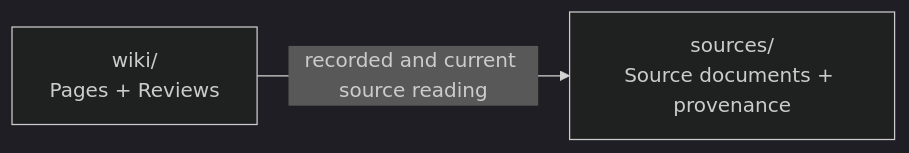
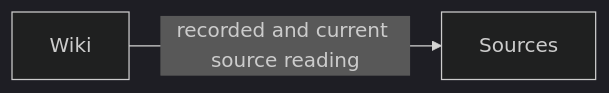
The fourth of 4 diagrams in app/README.md (JimLundin/vaulter), drawn with Mermaid (dark theme) before and after one commit. The commit also changed other lines of this file and 760 other files, not shown here.

````diff
--- a/app/README.md
+++ b/app/README.md
@@ -264,4 +150,4 @@
 ```mermaid
 flowchart LR
-  Wiki["wiki/\nPages + Reviews"] -->|recorded and current source reading| Sources["sources/\nSource documents + provenance"]
+  Wiki -->|recorded and current source reading| Sources
 ```
````
